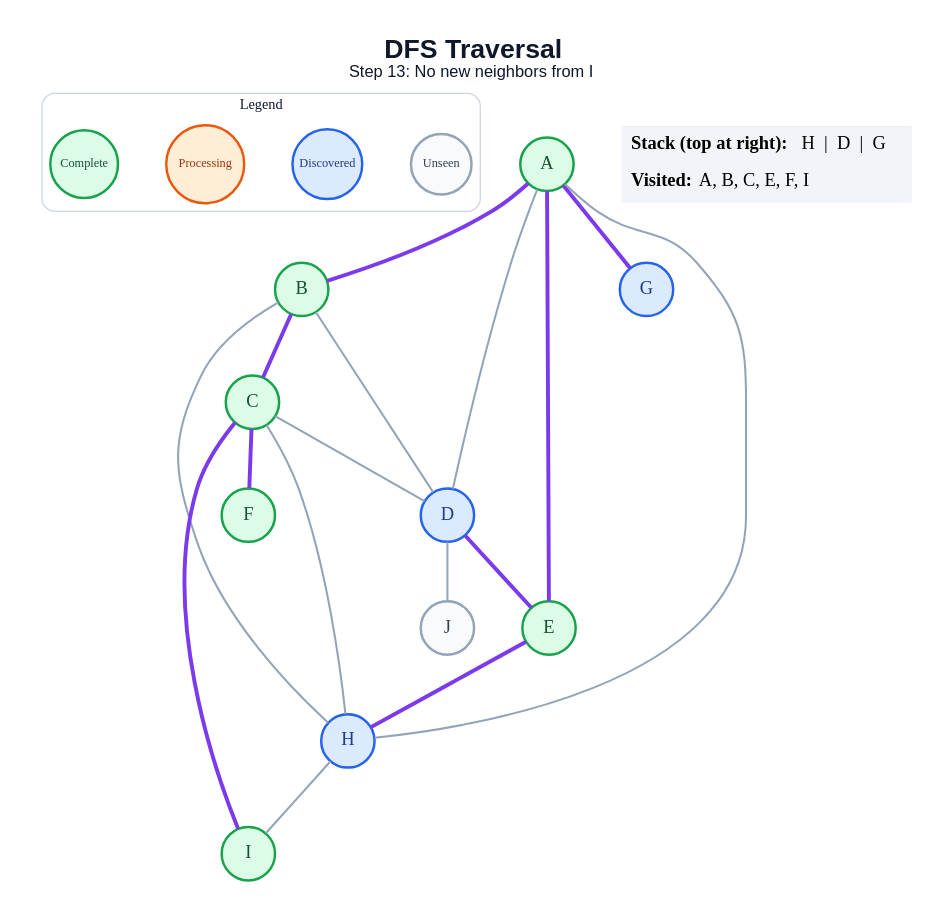
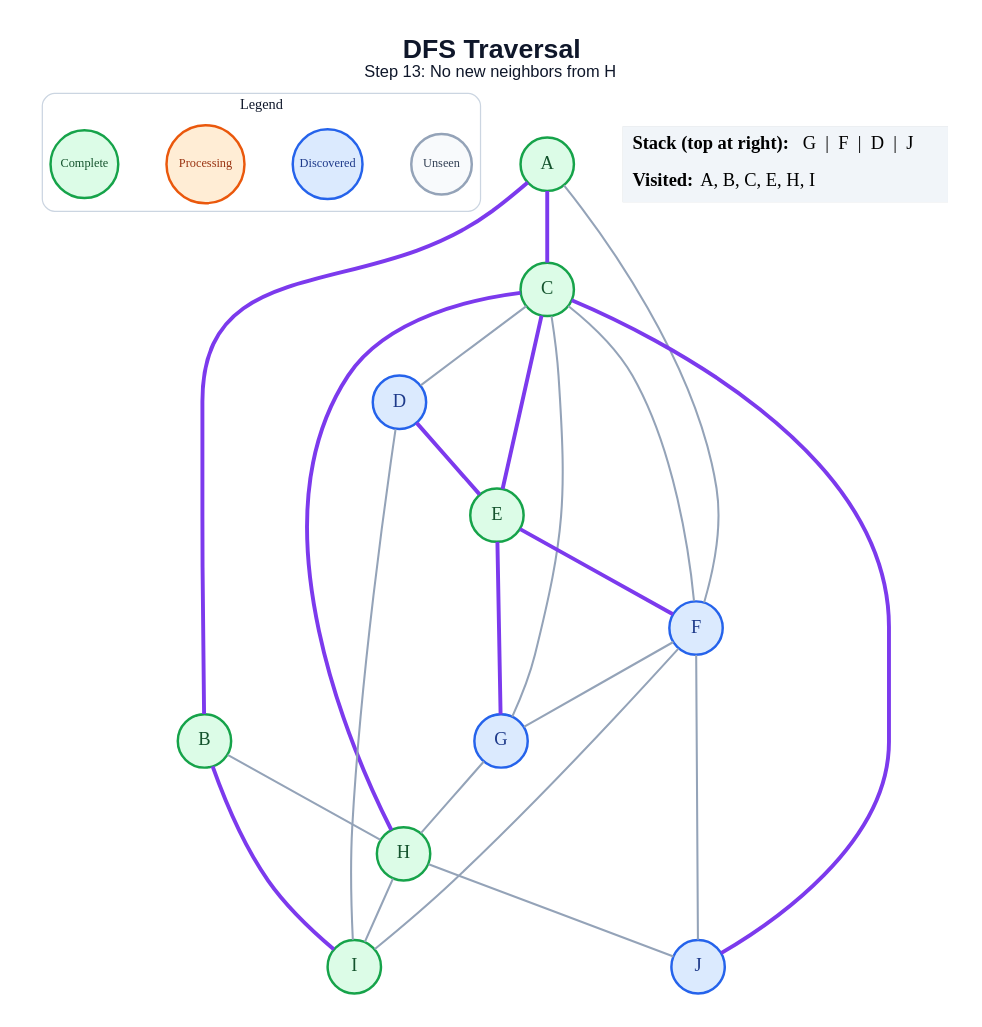
The diagram in generated/specific-node/dfs/step_13.dot (amanghodawala9/ai-slop), drawn with Graphviz before and after one commit. The commit also changed 178 other files, not shown here.

```diff
--- a/generated/specific-node/dfs/step_13.dot
+++ b/generated/specific-node/dfs/step_13.dot
@@ -1,45 +1,50 @@
 graph traversal {
   graph [layout=dot, rankdir=TB, bgcolor="#FFFFFF", pad="0.35", nodesep="0.65", ranksep="0.8", fontname="Arial"];
   node [shape=circle, style="filled", fontname="Arial Bold", fontsize=18, width=0.72, fixedsize=true, penwidth=2.4];
   edge [color="#94A3B8", penwidth=2.0];
-  label=<<B>DFS Traversal</B><BR/><FONT POINT-SIZE="16">Step 13: No new neighbors from I</FONT>>; labelloc="t"; fontsize=26; fontname="Arial"; fontcolor="#0F172A";
+  label=<<B>DFS Traversal</B><BR/><FONT POINT-SIZE="16">Step 13: No new neighbors from H</FONT>>; labelloc="t"; fontsize=26; fontname="Arial"; fontcolor="#0F172A";
   subgraph cluster_legend { label="Legend"; color="#CBD5E1"; penwidth=1.2; style="rounded"; fontsize=14; fontname="Arial Bold";
     key_unseen [label="Unseen", fillcolor="#F8FAFC", color="#94A3B8", fontcolor="#334155", fontsize=12, width=0.82];
     key_frontier [label="Discovered", fillcolor="#DBEAFE", color="#2563EB", fontcolor="#1E3A8A", fontsize=12, width=0.95];
     key_current [label="Processing", fillcolor="#FFEDD5", color="#EA580C", fontcolor="#9A3412", fontsize=12, width=1.05];
     key_done [label="Complete", fillcolor="#DCFCE7", color="#16A34A", fontcolor="#14532D", fontsize=12, width=0.92];
     { rank=same; key_unseen; key_frontier; key_current; key_done; }
   }
   A [fillcolor="#DCFCE7", color="#16A34A", fontcolor="#14532D"];
   B [fillcolor="#DCFCE7", color="#16A34A", fontcolor="#14532D"];
   C [fillcolor="#DCFCE7", color="#16A34A", fontcolor="#14532D"];
   D [fillcolor="#DBEAFE", color="#2563EB", fontcolor="#1E3A8A"];
   E [fillcolor="#DCFCE7", color="#16A34A", fontcolor="#14532D"];
-  F [fillcolor="#DCFCE7", color="#16A34A", fontcolor="#14532D"];
+  F [fillcolor="#DBEAFE", color="#2563EB", fontcolor="#1E3A8A"];
   G [fillcolor="#DBEAFE", color="#2563EB", fontcolor="#1E3A8A"];
-  H [fillcolor="#DBEAFE", color="#2563EB", fontcolor="#1E3A8A"];
+  H [fillcolor="#DCFCE7", color="#16A34A", fontcolor="#14532D"];
   I [fillcolor="#DCFCE7", color="#16A34A", fontcolor="#14532D"];
-  J [fillcolor="#F8FAFC", color="#94A3B8", fontcolor="#334155"];
+  J [fillcolor="#DBEAFE", color="#2563EB", fontcolor="#1E3A8A"];
   A -- B [color="#7C3AED", penwidth=3.8];
-  A -- D;
-  A -- E [color="#7C3AED", penwidth=3.8];
-  A -- G [color="#7C3AED", penwidth=3.8];
-  A -- H;
-  B -- C [color="#7C3AED", penwidth=3.8];
-  B -- D;
+  A -- C [color="#7C3AED", penwidth=3.8];
+  A -- F;
   B -- H;
+  B -- I [color="#7C3AED", penwidth=3.8];
   C -- D;
-  C -- F [color="#7C3AED", penwidth=3.8];
-  C -- H;
-  C -- I [color="#7C3AED", penwidth=3.8];
+  C -- E [color="#7C3AED", penwidth=3.8];
+  C -- F;
+  C -- G;
+  C -- H [color="#7C3AED", penwidth=3.8];
+  C -- J [color="#7C3AED", penwidth=3.8];
   D -- E [color="#7C3AED", penwidth=3.8];
-  D -- J;
-  E -- H [color="#7C3AED", penwidth=3.8];
+  D -- I;
+  E -- F [color="#7C3AED", penwidth=3.8];
+  E -- G [color="#7C3AED", penwidth=3.8];
+  F -- G;
+  F -- I;
+  F -- J;
+  G -- H;
   H -- I;
+  H -- J;
   status [shape=plain, fixedsize=false, width=0, height=0, margin=0, label=<
     <TABLE BORDER="0" CELLBORDER="0" CELLPADDING="7" BGCOLOR="#F1F5F9">
-      <TR><TD ALIGN="LEFT"><B>Stack (top at right):</B> H  |  D  |  G</TD></TR>
-      <TR><TD ALIGN="LEFT"><B>Visited:</B> A, B, C, E, F, I</TD></TR>
+      <TR><TD ALIGN="LEFT"><B>Stack (top at right):</B> G  |  F  |  D  |  J</TD></TR>
+      <TR><TD ALIGN="LEFT"><B>Visited:</B> A, B, C, E, H, I</TD></TR>
     </TABLE>
   >];
 }
```
